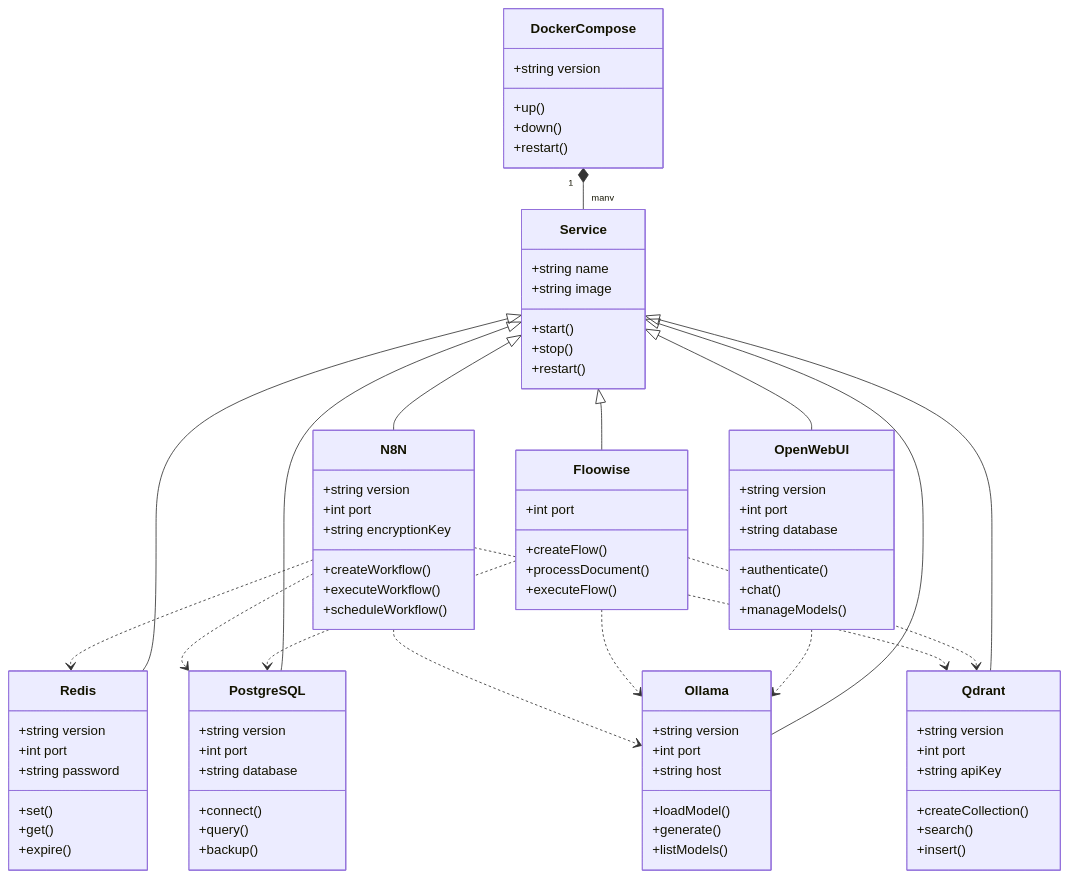
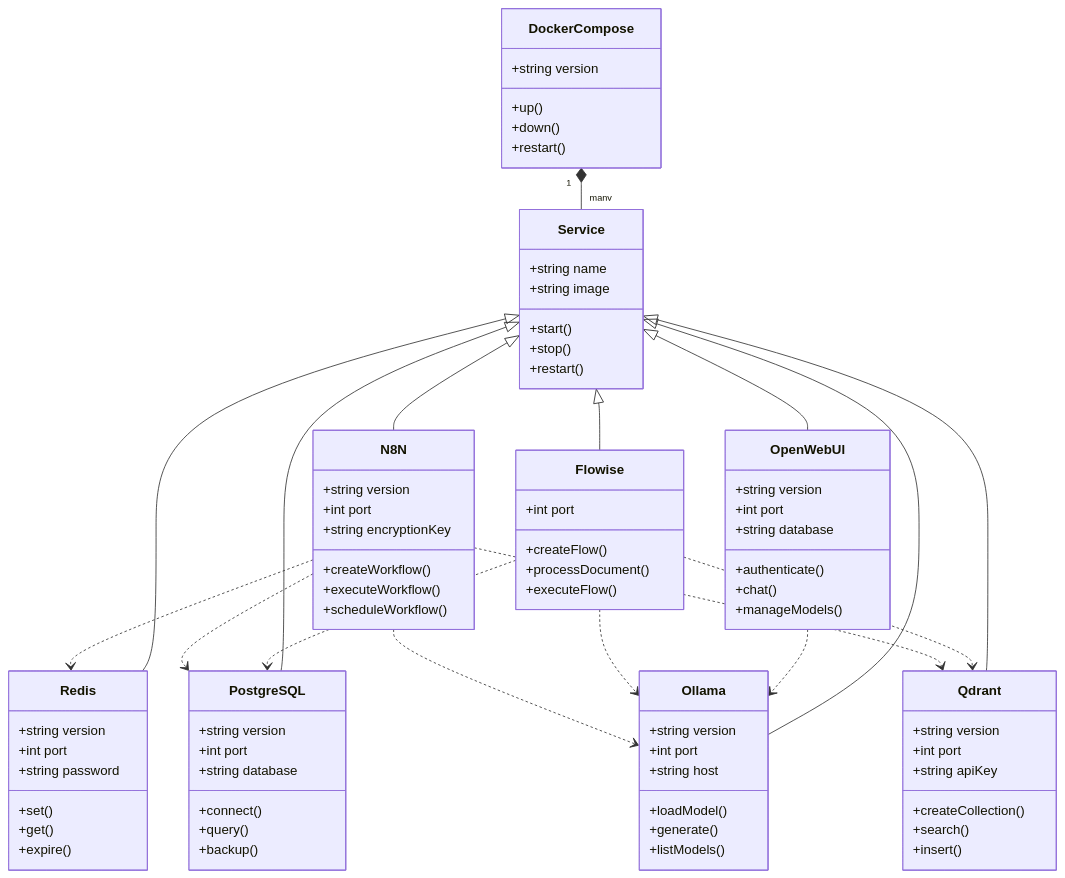
One commit to EdissonGirald0/laboratorioAI changed the sixth of 8 diagrams in README.md. Above: the diagram before and after it, drawn with Mermaid. The commit also changed other lines of this file and 12 other files, not shown here.

```diff
--- a/README.md
+++ b/README.md
@@ -447,7 +431,7 @@
         +scheduleWorkflow()
     }
     
-    class Floowise {
+    class Flowise {
         +int port
         +createFlow()
         +processDocument()
@@ -461,12 +445,12 @@
     Service <|-- Ollama
     Service <|-- OpenWebUI
     Service <|-- N8N
-    Service <|-- Floowise
+    Service <|-- Flowise
     
     OpenWebUI ..> Ollama
-    Floowise ..> PostgreSQL
-    Floowise ..> Qdrant
-    Floowise ..> Ollama
+    Flowise ..> PostgreSQL
+    Flowise ..> Qdrant
+    Flowise ..> Ollama
     N8N ..> Ollama
     N8N ..> PostgreSQL
     N8N ..> Redis
```
